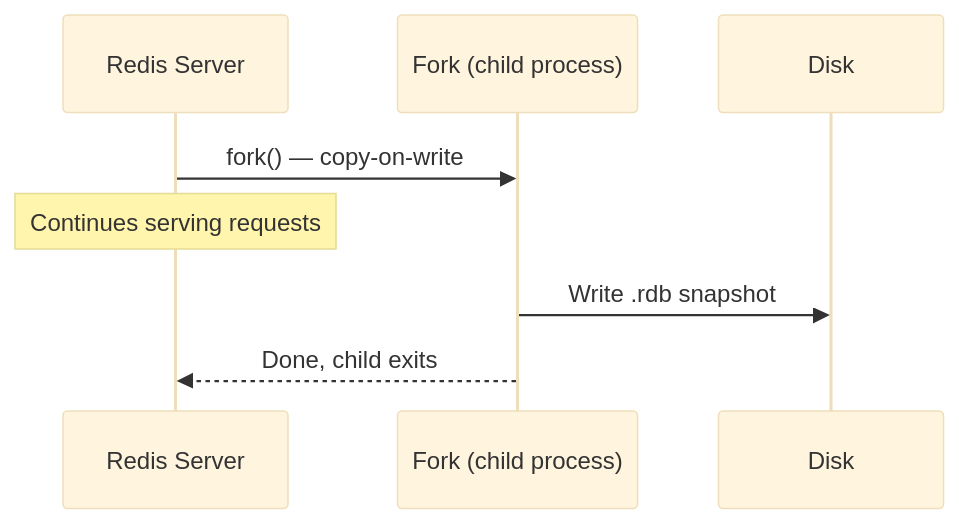
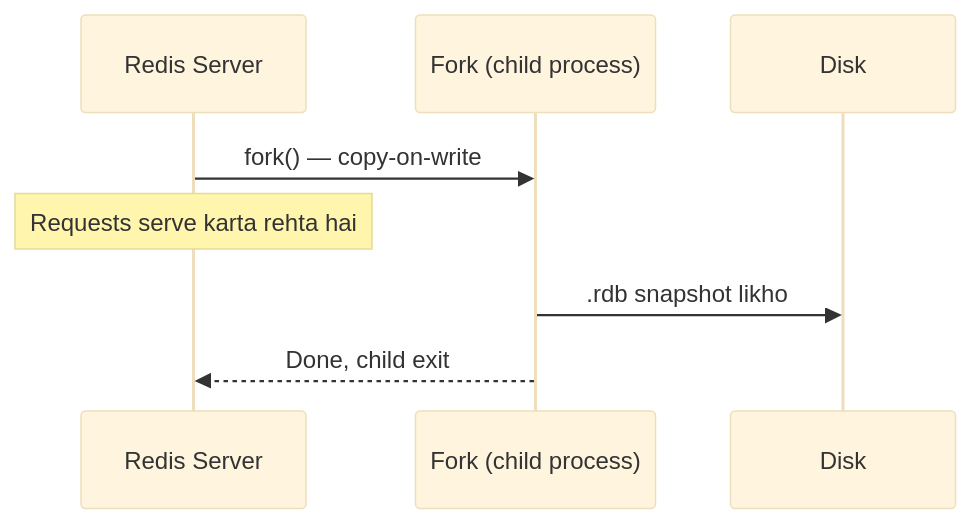
The third of 6 diagrams in database-notes/advanced-dbms/04-redis.md (Siddesh-Pansare93/dev-notes), drawn with Mermaid (base theme) before and after one commit. The commit also changed other lines of this file and 248 other files, not shown here.

````diff
--- a/database-notes/advanced-dbms/04-redis.md
+++ b/database-notes/advanced-dbms/04-redis.md
@@ -520,11 +528,11 @@
 ```mermaid
 sequenceDiagram
     participant R as Redis Server
     participant F as Fork (child process)
     participant D as Disk
 
     R->>F: fork() — copy-on-write
-    Note over R: Continues serving requests
-    F->>D: Write .rdb snapshot
-    F-->>R: Done, child exits
+    Note over R: Requests serve karta rehta hai
+    F->>D: .rdb snapshot likho
+    F-->>R: Done, child exit
 ```
````
